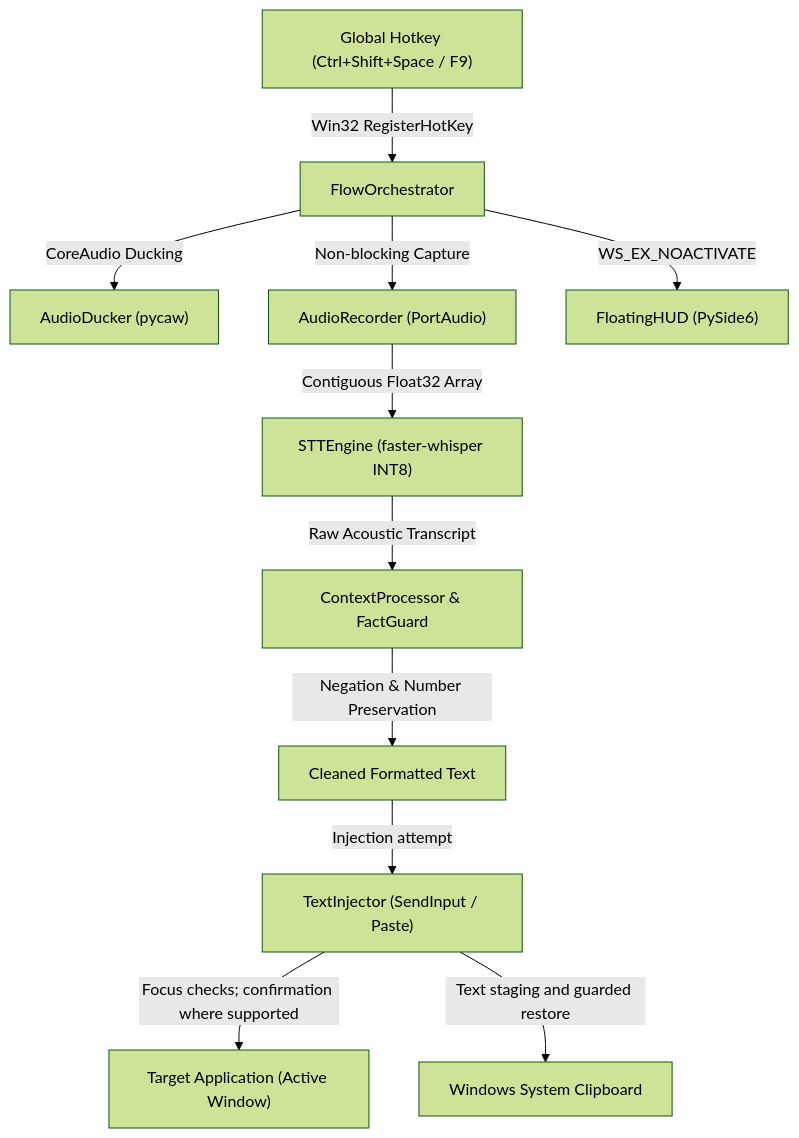
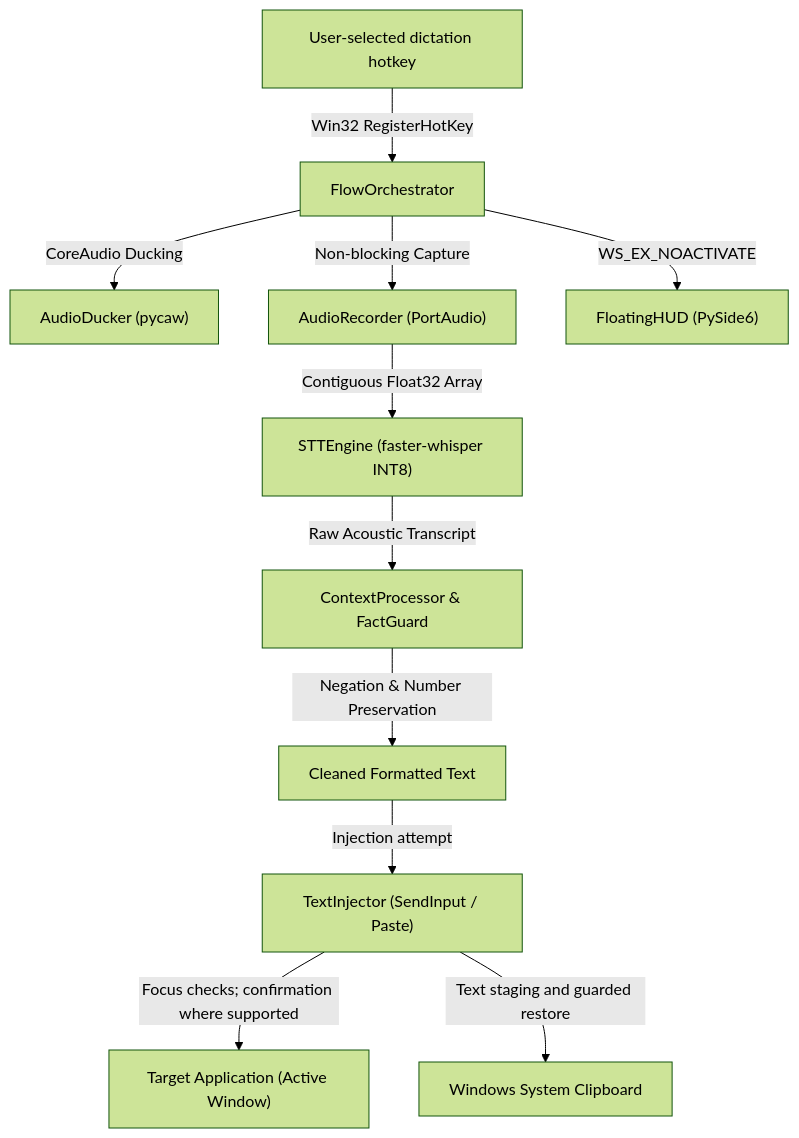
One commit to abishekvr0910/flowpilot changed the diagram in README.md. Above: the diagram before and after it, drawn with Mermaid (forest theme). The commit also changed other lines of this file and 51 other files, not shown here.

````diff
--- a/README.md
+++ b/README.md
@@ -164,15 +164,15 @@
 ```mermaid
 flowchart TD
-    HK["Global Hotkey (Ctrl+Shift+Space / F9)"] -->|Win32 RegisterHotKey| ORCH["FlowOrchestrator"]
+    HK["User-selected dictation hotkey"] -->|Win32 RegisterHotKey| ORCH["FlowOrchestrator"]
     ORCH -->|CoreAudio Ducking| DUCK["AudioDucker (pycaw)"]
     ORCH -->|Non-blocking Capture| REC["AudioRecorder (PortAudio)"]
     ORCH -->|WS_EX_NOACTIVATE| HUD["FloatingHUD (PySide6)"]
     
     REC -->|Contiguous Float32 Array| STT["STTEngine (faster-whisper INT8)"]
     STT -->|Raw Acoustic Transcript| WI["ContextProcessor & FactGuard"]
     WI -->|Negation & Number Preservation| FORMAT["Cleaned Formatted Text"]
     
     FORMAT -->|Injection attempt| INJ["TextInjector (SendInput / Paste)"]
     INJ -->|Focus checks; confirmation where supported| APP["Target Application (Active Window)"]
     INJ -->|Text staging and guarded restore| CLIP["Windows System Clipboard"]
 ```
````
